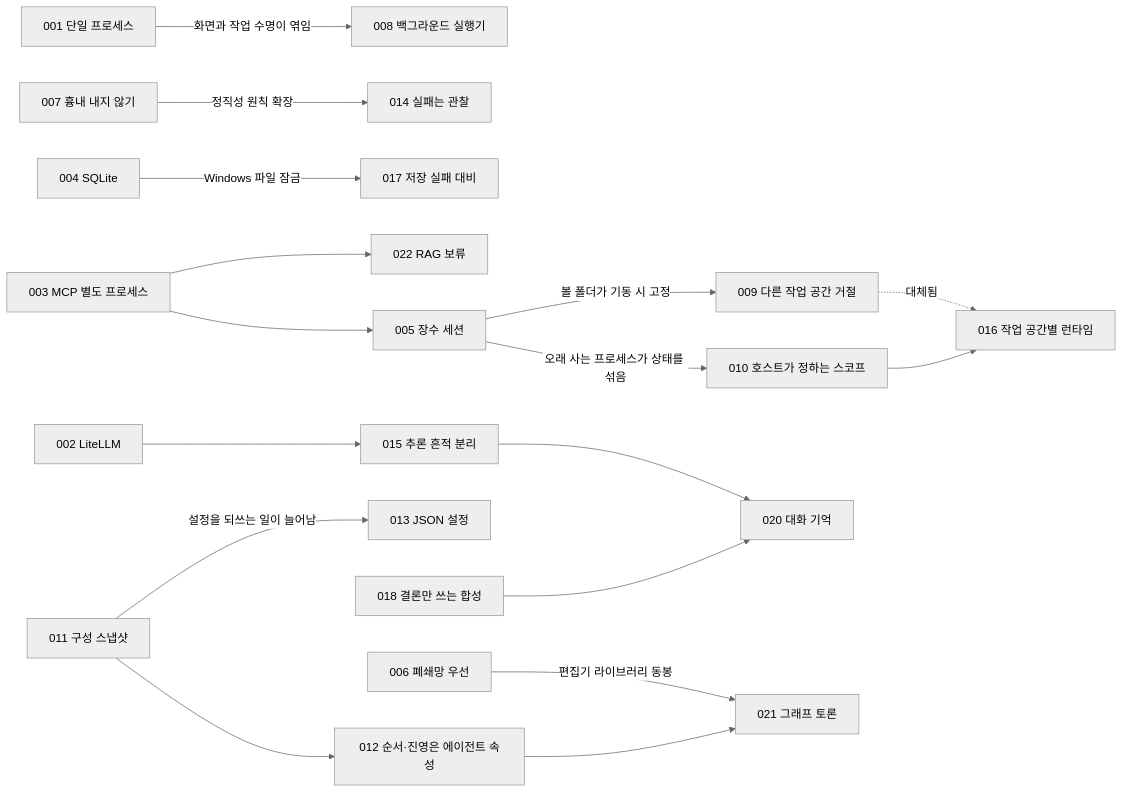
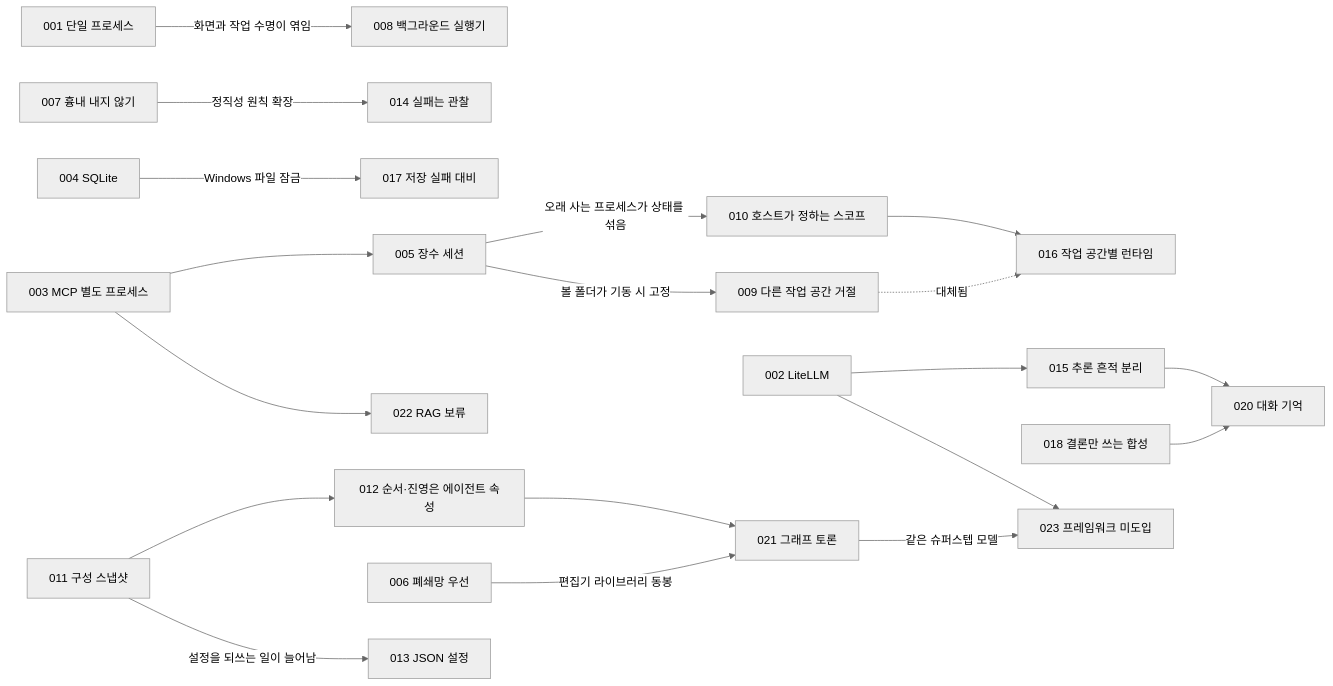
The diagram in lectures/05-adr/README.md (HaJaehee/MultiAgentDebateAndOrchestrationPlatform), drawn with Mermaid (neutral theme) before and after one commit. The commit also changed other lines of this file and 4 other files, not shown here.

````diff
--- a/lectures/05-adr/README.md
+++ b/lectures/05-adr/README.md
@@ -67,19 +68,21 @@
 ```mermaid
 flowchart LR
     A001["001 단일 프로세스"] -->|"화면과 작업 수명이 엮임"| A008["008 백그라운드 실행기"]
     A003["003 MCP 별도 프로세스"] --> A005["005 장수 세션"]
     A005 -->|"오래 사는 프로세스가 상태를 섞음"| A010["010 호스트가 정하는 스코프"]
     A005 -->|"볼 폴더가 기동 시 고정"| A009["009 다른 작업 공간 거절"]
     A009 -.->|"대체됨"| A016["016 작업 공간별 런타임"]
     A010 --> A016
     A007["007 흉내 내지 않기"] -->|"정직성 원칙 확장"| A014["014 실패는 관찰"]
     A004["004 SQLite"] -->|"Windows 파일 잠금"| A017["017 저장 실패 대비"]
     A011["011 구성 스냅샷"] --> A012["012 순서·진영은 에이전트 속성"]
     A011 -->|"설정을 되쓰는 일이 늘어남"| A013["013 JSON 설정"]
     A002["002 LiteLLM"] --> A015["015 추론 흔적 분리"]
     A015 --> A020["020 대화 기억"]
     A018["018 결론만 쓰는 합성"] --> A020
     A012 --> A021["021 그래프 토론"]
     A006["006 폐쇄망 우선"] -->|"편집기 라이브러리 동봉"| A021
     A003 --> A022["022 RAG 보류"]
+    A002 --> A023["023 프레임워크 미도입"]
+    A021 -->|"같은 슈퍼스텝 모델"| A023
 ```
````
